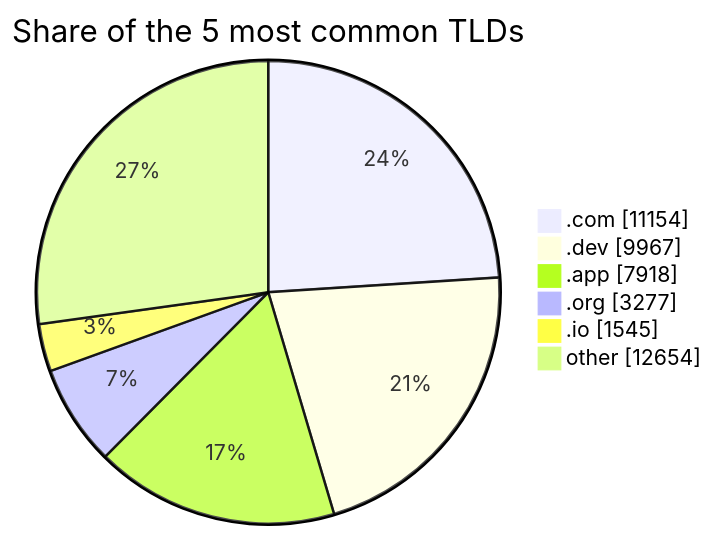
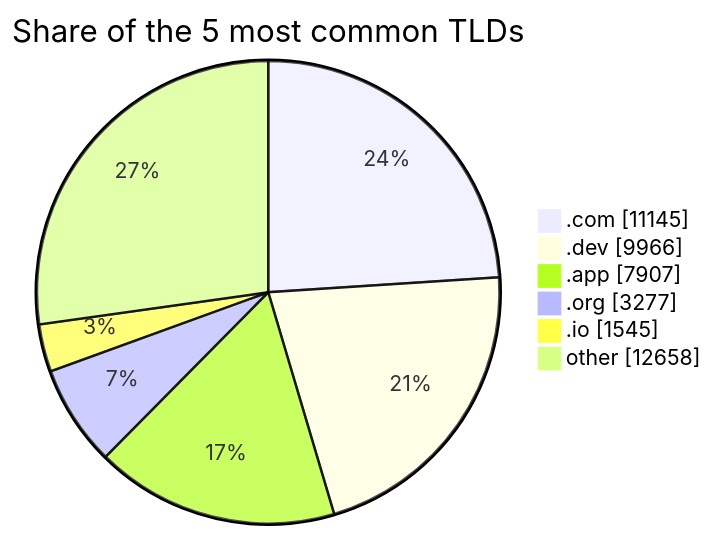
One commit to DNSBunker/CTI changed the third of 3 diagrams in README.md. Above: the diagram before and after it, drawn with Mermaid. The commit also changed other lines of this file and 3 other files, not shown here.

````diff
--- a/README.md
+++ b/README.md
@@ -81,9 +81,9 @@
 ```mermaid
 pie showData title Share of the 5 most common TLDs
-    ".com" : 11154
-    ".dev" : 9967
-    ".app" : 7918
+    ".com" : 11145
+    ".dev" : 9966
+    ".app" : 7907
     ".org" : 3277
     ".io" : 1545
-    "other" : 12654
+    "other" : 12658
 ```
````
